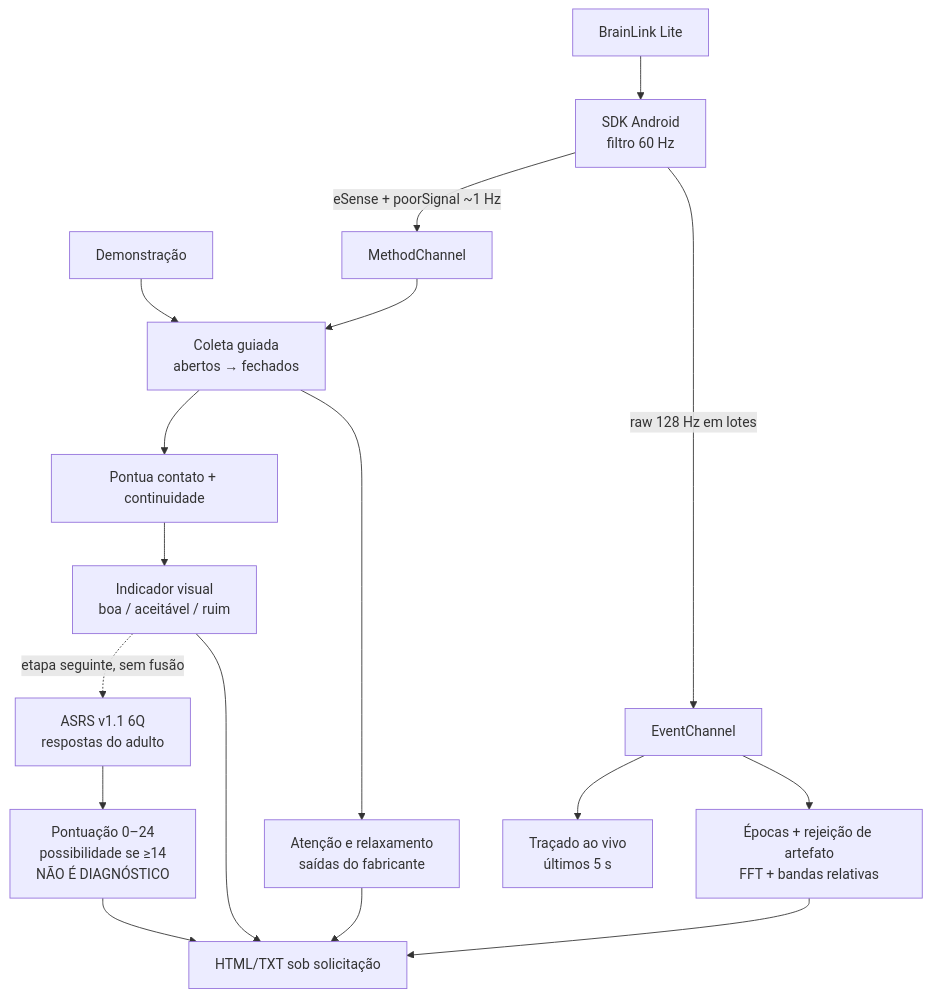
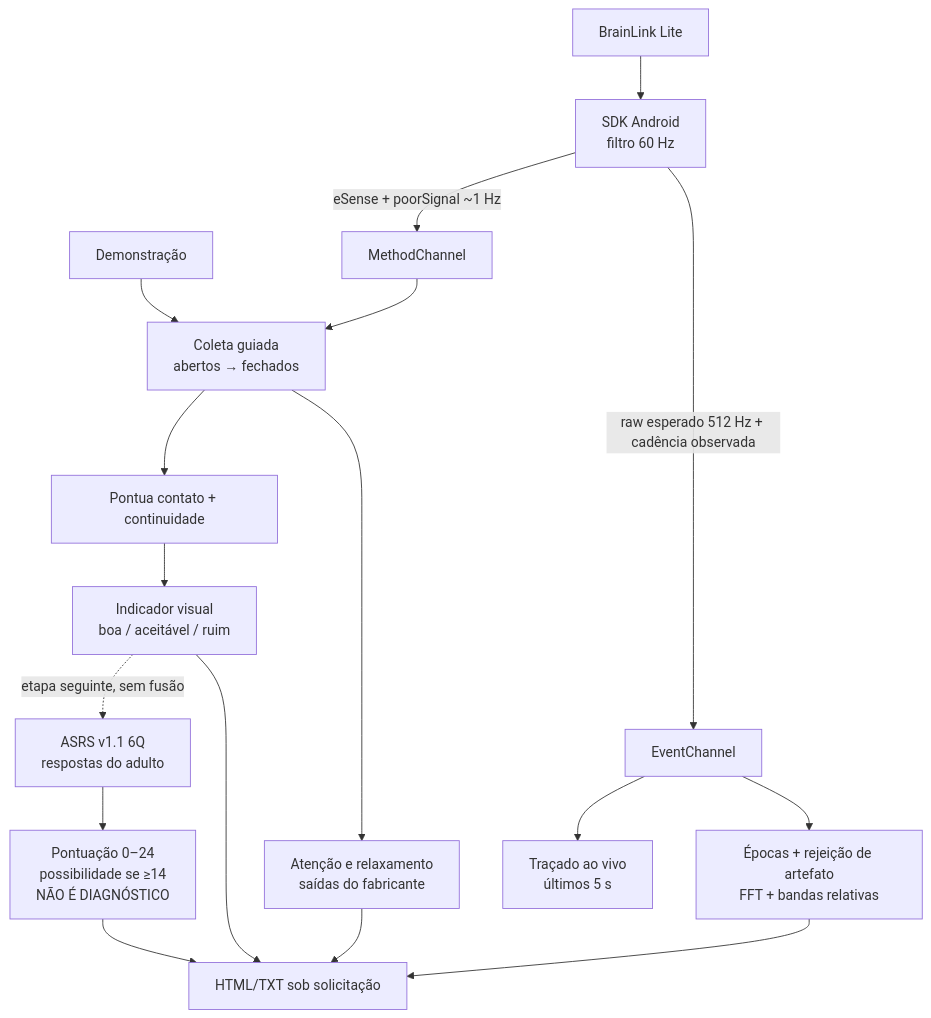
One commit to gustavoobezerra/App_Brainlink changed the diagram in vault/40-projeto/fluxo-de-dados.md. Above: the diagram before and after it, drawn with Mermaid. The commit also changed other lines of this file and 140 other files, not shown here.

````diff
--- a/vault/40-projeto/fluxo-de-dados.md
+++ b/vault/40-projeto/fluxo-de-dados.md
@@ -10,19 +10,19 @@
 ```mermaid
 flowchart TD
     A["Demonstração"] --> E["Coleta guiada<br/>abertos → fechados"]
     B["BrainLink Lite"] --> C["SDK Android<br/>filtro 60 Hz"]
     C -->|"eSense + poorSignal ~1 Hz"| D["MethodChannel"]
-    C -->|"raw 128 Hz em lotes"| R["EventChannel"]
+    C -->|"raw esperado 512 Hz + cadência observada"| R["EventChannel"]
     D --> E
     R --> W["Traçado ao vivo<br/>últimos 5 s"]
     R --> X["Épocas + rejeição de artefato<br/>FFT + bandas relativas"]
     E --> F["Pontua contato + continuidade"]
     F --> G["Indicador visual<br/>boa / aceitável / ruim"]
     E --> H["Atenção e relaxamento<br/>saídas do fabricante"]
     G -. "etapa seguinte, sem fusão" .-> Q["ASRS v1.1 6Q<br/>respostas do adulto"]
     Q --> S["Pontuação 0–24<br/>possibilidade se ≥14<br/>NÃO É DIAGNÓSTICO"]
     G --> I["HTML/TXT sob solicitação"]
     H --> I
     X --> I
     S --> I
 ```
````
